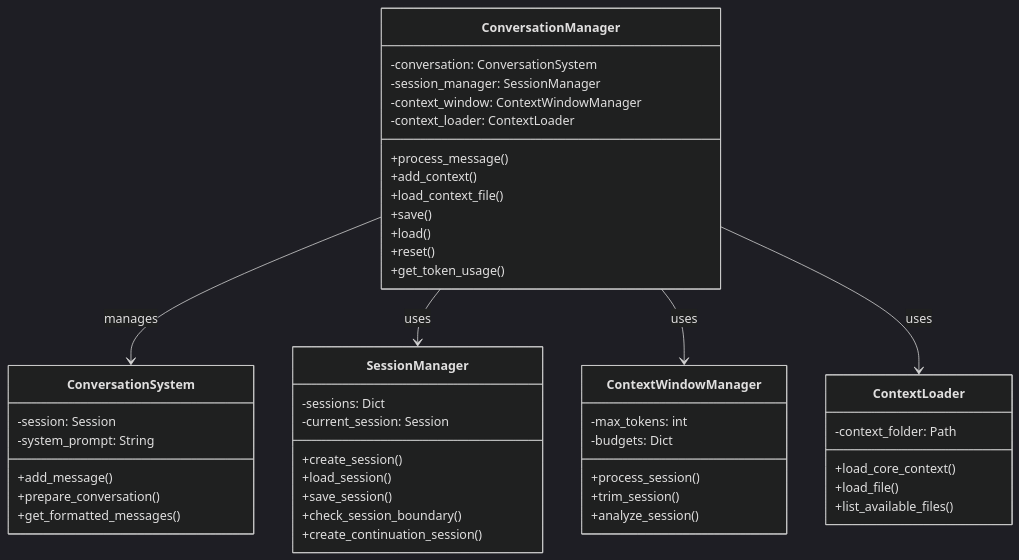
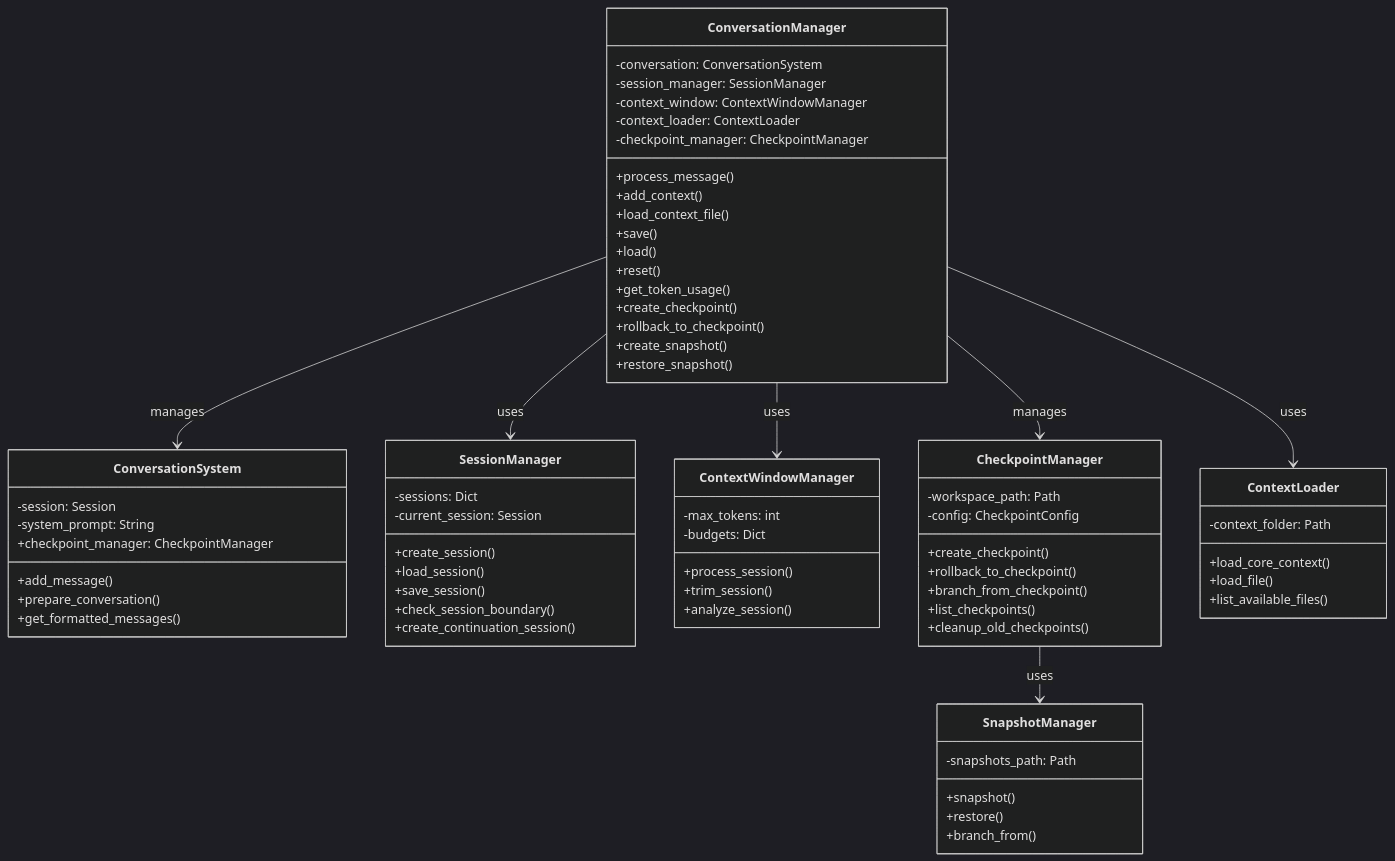
Before and after one commit to Maximooch/penguin: the first of 3 diagrams in docs/docs/system/conversation-manager.md, drawn with Mermaid (dark theme). The commit also changed other lines of this file and 6 other files, not shown here.

````diff
--- a/docs/docs/system/conversation-manager.md
+++ b/docs/docs/system/conversation-manager.md
@@ -14,54 +17,79 @@
 ```mermaid
 classDiagram
     class ConversationManager {
         -conversation: ConversationSystem
         -session_manager: SessionManager
         -context_window: ContextWindowManager
         -context_loader: ContextLoader
+        -checkpoint_manager: CheckpointManager
         +process_message()
         +add_context()
         +load_context_file()
         +save()
         +load()
         +reset()
         +get_token_usage()
+        +create_checkpoint()
+        +rollback_to_checkpoint()
+        +create_snapshot()
+        +restore_snapshot()
     }
-    
+
     class ConversationSystem {
         -session: Session
         -system_prompt: String
         +add_message()
         +prepare_conversation()
         +get_formatted_messages()
+        +checkpoint_manager: CheckpointManager
     }
-    
+
     class SessionManager {
         -sessions: Dict
         -current_session: Session
         +create_session()
         +load_session()
         +save_session()
         +check_session_boundary()
         +create_continuation_session()
     }
-    
+
     class ContextWindowManager {
         -max_tokens: int
         -budgets: Dict
         +process_session()
         +trim_session()
         +analyze_session()
     }
-    
+
+    class CheckpointManager {
+        -workspace_path: Path
+        -config: CheckpointConfig
+        +create_checkpoint()
+        +rollback_to_checkpoint()
+        +branch_from_checkpoint()
+        +list_checkpoints()
+        +cleanup_old_checkpoints()
+    }
+
+    class SnapshotManager {
+        -snapshots_path: Path
+        +snapshot()
+        +restore()
+        +branch_from()
+    }
+
     class ContextLoader {
         -context_folder: Path
         +load_core_context()
         +load_file()
         +list_available_files()
     }
-    
+
     ConversationManager --> ConversationSystem : manages
     ConversationManager --> SessionManager : uses
     ConversationManager --> ContextWindowManager : uses
     ConversationManager --> ContextLoader : uses
+    ConversationManager --> CheckpointManager : manages
+    CheckpointManager --> SnapshotManager : uses
 ```
````
